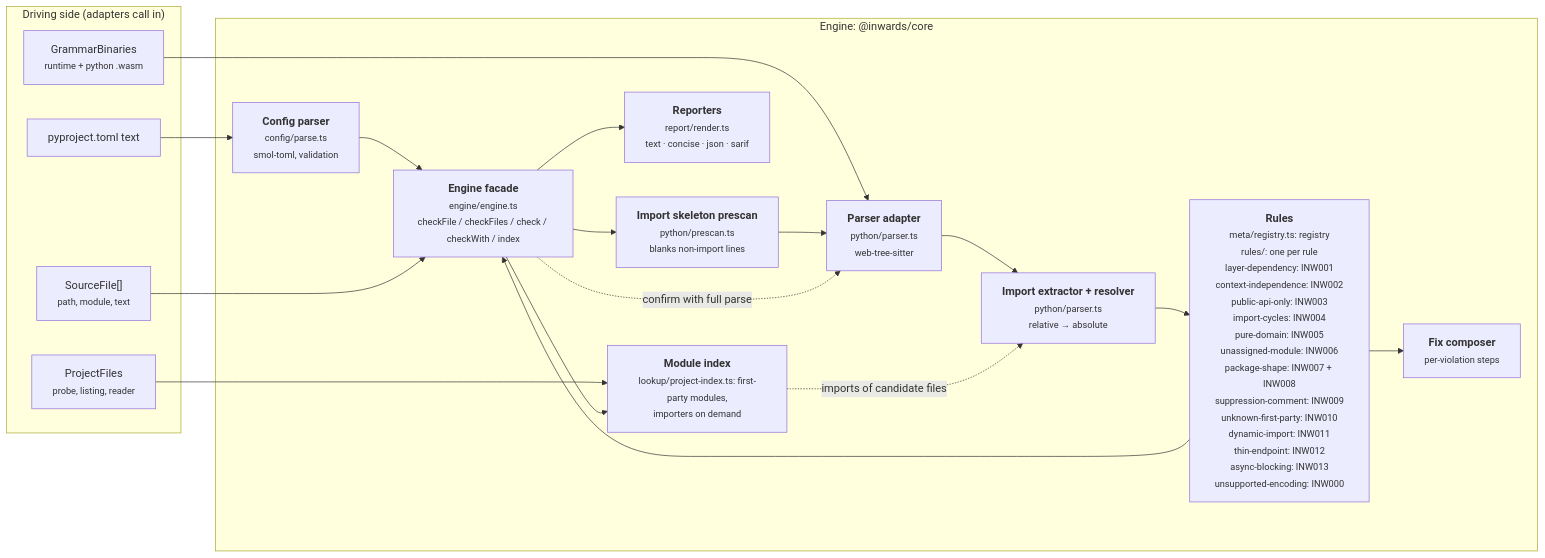
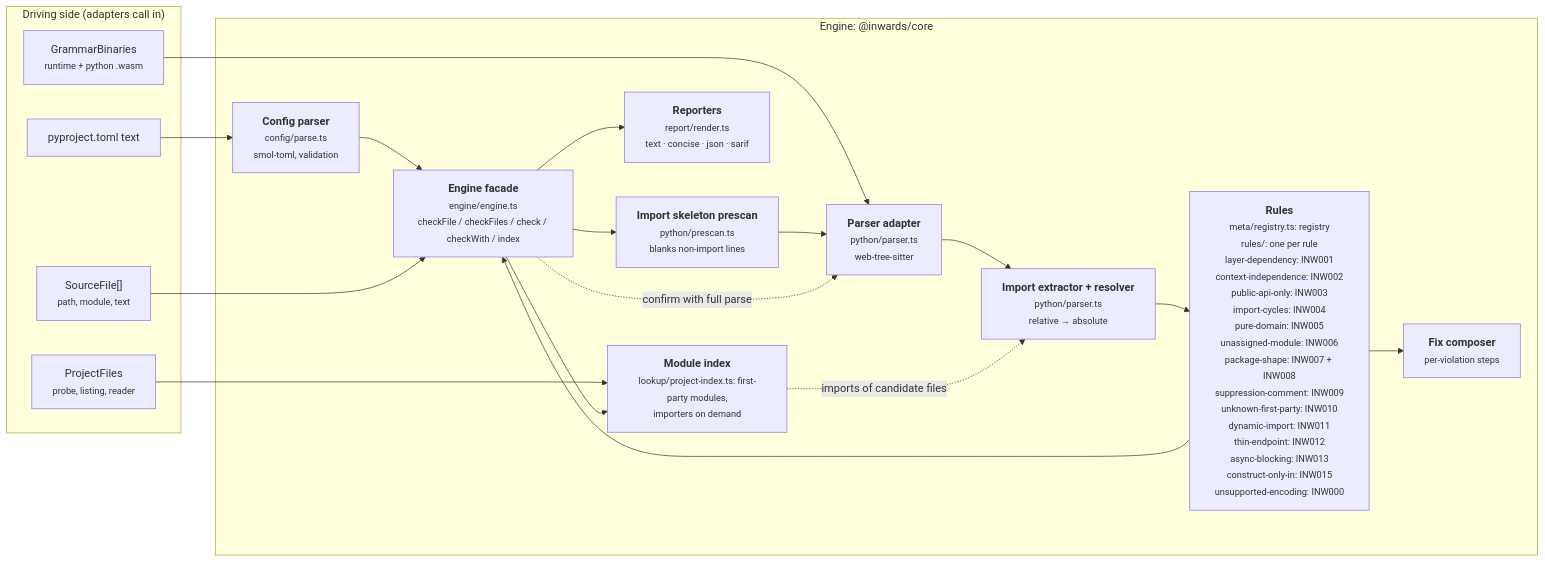
The third of 6 diagrams in docs/chapters/03-Architecture-C4.md (SirCypkowskyy/inwards), drawn with Mermaid before and after one commit. The commit also changed other lines of this file and 29 other files, not shown here.

Commit message:
feat(rules): add INW015 construct-only-in so only the composition root imports and builds outbound adapters

````diff
--- a/docs/chapters/03-Architecture-C4.md
+++ b/docs/chapters/03-Architecture-C4.md
@@ -105,33 +105,33 @@
 ```mermaid
 flowchart LR
     subgraph driving["Driving side (adapters call in)"]
         files["SourceFile[]<br/><small>path, module, text</small>"]
         pfiles["ProjectFiles<br/><small>probe, listing, reader</small>"]
         cfgtext["pyproject.toml text"]
         wasm["GrammarBinaries<br/><small>runtime + python .wasm</small>"]
     end
 
     subgraph enginebox["Engine: @inwards/core"]
         config["<b>Config parser</b><br/><small>config/parse.ts<br/>smol-toml, validation</small>"]
         pre["<b>Import skeleton prescan</b><br/><small>python/prescan.ts<br/>blanks non-import lines</small>"]
         parser["<b>Parser adapter</b><br/><small>python/parser.ts<br/>web-tree-sitter</small>"]
         extract["<b>Import extractor + resolver</b><br/><small>python/parser.ts<br/>relative → absolute</small>"]
-        rules["<b>Rules</b><br/><small>meta/registry.ts: registry<br/>rules/: one per rule<br/>layer-dependency: INW001<br/>context-independence: INW002<br/>public-api-only: INW003<br/>import-cycles: INW004<br/>pure-domain: INW005<br/>unassigned-module: INW006<br/>package-shape: INW007 + INW008<br/>suppression-comment: INW009<br/>unknown-first-party: INW010<br/>dynamic-import: INW011<br/>thin-endpoint: INW012<br/>async-blocking: INW013<br/>unsupported-encoding: INW000</small>"]
+        rules["<b>Rules</b><br/><small>meta/registry.ts: registry<br/>rules/: one per rule<br/>layer-dependency: INW001<br/>context-independence: INW002<br/>public-api-only: INW003<br/>import-cycles: INW004<br/>pure-domain: INW005<br/>unassigned-module: INW006<br/>package-shape: INW007 + INW008<br/>suppression-comment: INW009<br/>unknown-first-party: INW010<br/>dynamic-import: INW011<br/>thin-endpoint: INW012<br/>async-blocking: INW013<br/>construct-only-in: INW015<br/>unsupported-encoding: INW000</small>"]
         fix["<b>Fix composer</b><br/><small>per-violation steps</small>"]
         report["<b>Reporters</b><br/><small>report/render.ts<br/>text · concise · json · sarif</small>"]
         engine["<b>Engine facade</b><br/><small>engine/engine.ts<br/>checkFile / checkFiles / check / checkWith / index</small>"]
         modgraph["<b>Module index</b><br/><small>lookup/project-index.ts: first-party modules,<br/>importers on demand</small>"]
     end
 
     cfgtext --> config --> engine
     wasm --> parser
     files --> engine
     engine --> pre --> parser --> extract --> rules
     rules --> fix
     rules --> engine
     engine -. "confirm with full parse" .-> parser
     pfiles --> modgraph
     engine --> modgraph
     modgraph -. "imports of candidate files" .-> extract
     engine --> report
 ```
````
